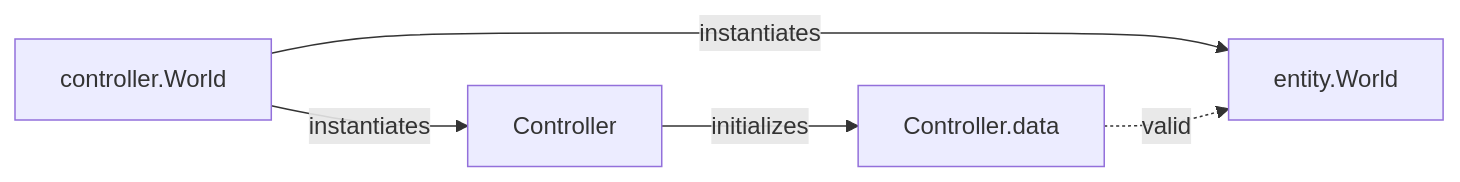
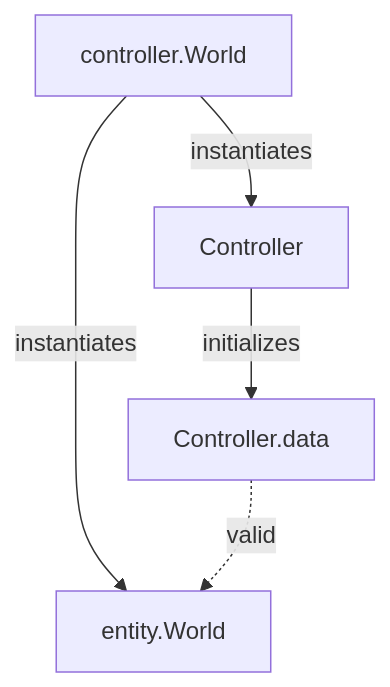
One commit to crystalfiction/rpg-simulator changed the first of 3 diagrams in README.md. Above: the diagram before and after it, drawn with Mermaid. The commit also changed other lines of this file, not shown here.

````diff
--- a/README.md
+++ b/README.md
@@ -10,9 +10,9 @@
 ```mermaid
-flowchart LR
+flowchart
     controller.World --instantiates--> entity.World
     
     controller.World --instantiates--> Controller
     Controller --initializes--> Controller.data
     Controller.data -.valid.-> entity.World
     
 ```
````
